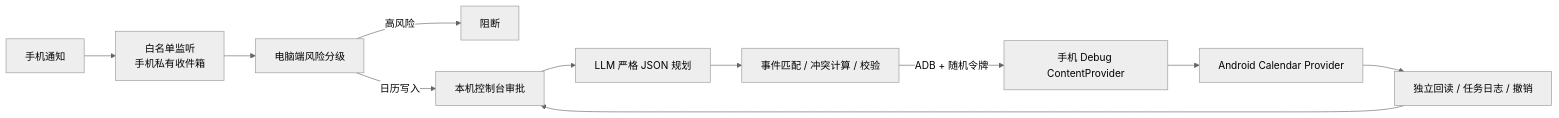
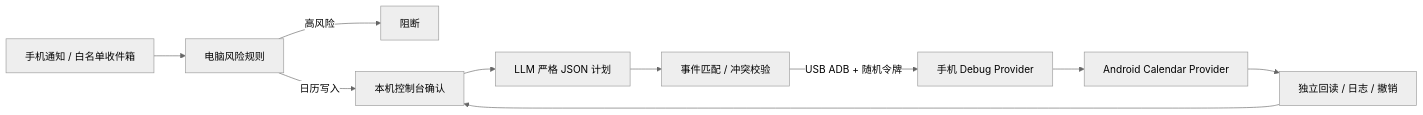
One commit to qajua/quiet-calendar-agent changed the diagram in README.md. Above: the diagram before and after it, drawn with Mermaid (neutral theme). The commit also changed other lines of this file, not shown here.

Commit message:
docs: streamline one-page architecture and setup README

````diff
--- a/README.md
+++ b/README.md
@@ -5,13 +5,12 @@
 ```mermaid
 flowchart LR
-  N[手机通知] --> L[白名单监听<br/>手机私有收件箱]
-  L --> R[电脑端风险分级]
+  N[手机通知 / 白名单收件箱] --> R[电脑风险规则]
   R -->|高风险| X[阻断]
-  R -->|日历写入| C[本机控制台审批]
-  C --> P[LLM 严格 JSON 规划]
-  P --> V[事件匹配 / 冲突计算 / 校验]
-  V -->|ADB + 随机令牌| B[手机 Debug ContentProvider]
+  R -->|日历写入| C[本机控制台确认]
+  C --> P[LLM 严格 JSON 计划]
+  P --> V[事件匹配 / 冲突校验]
+  V -->|USB ADB + 随机令牌| B[手机 Debug Provider]
   B --> D[Android Calendar Provider]
-  D --> Q[独立回读 / 任务日志 / 撤销]
+  D --> Q[独立回读 / 日志 / 撤销]
   Q --> C
 ```
````
